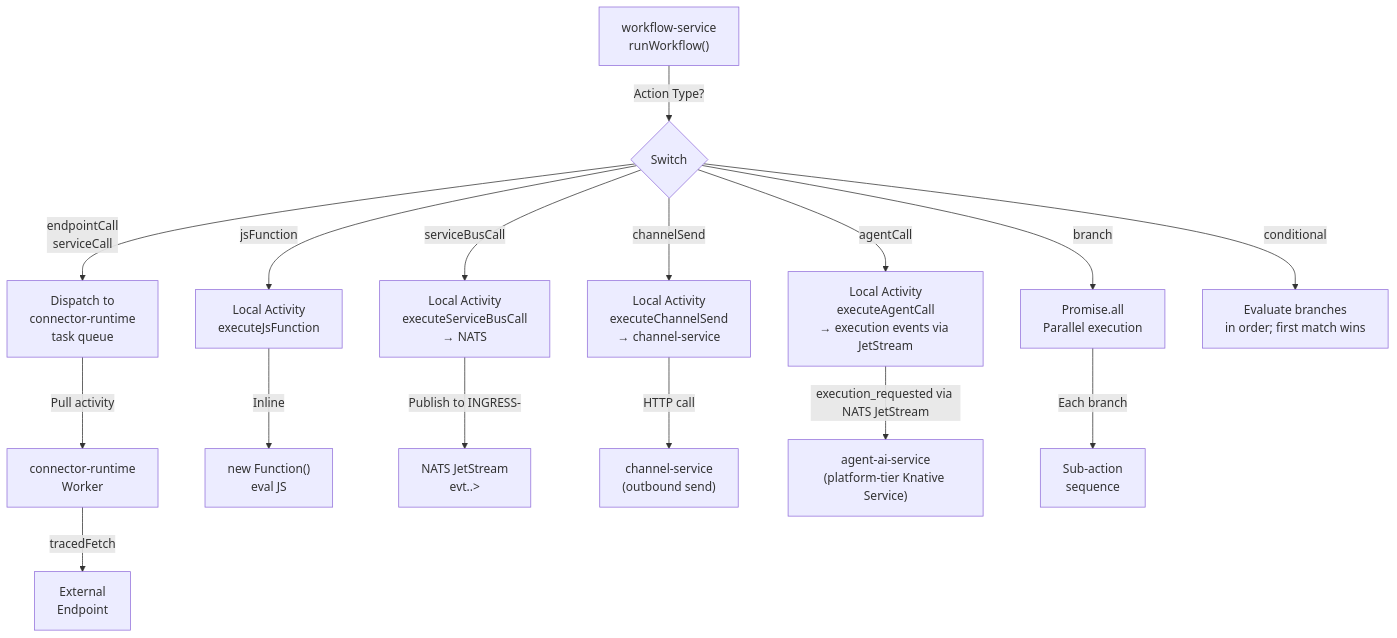
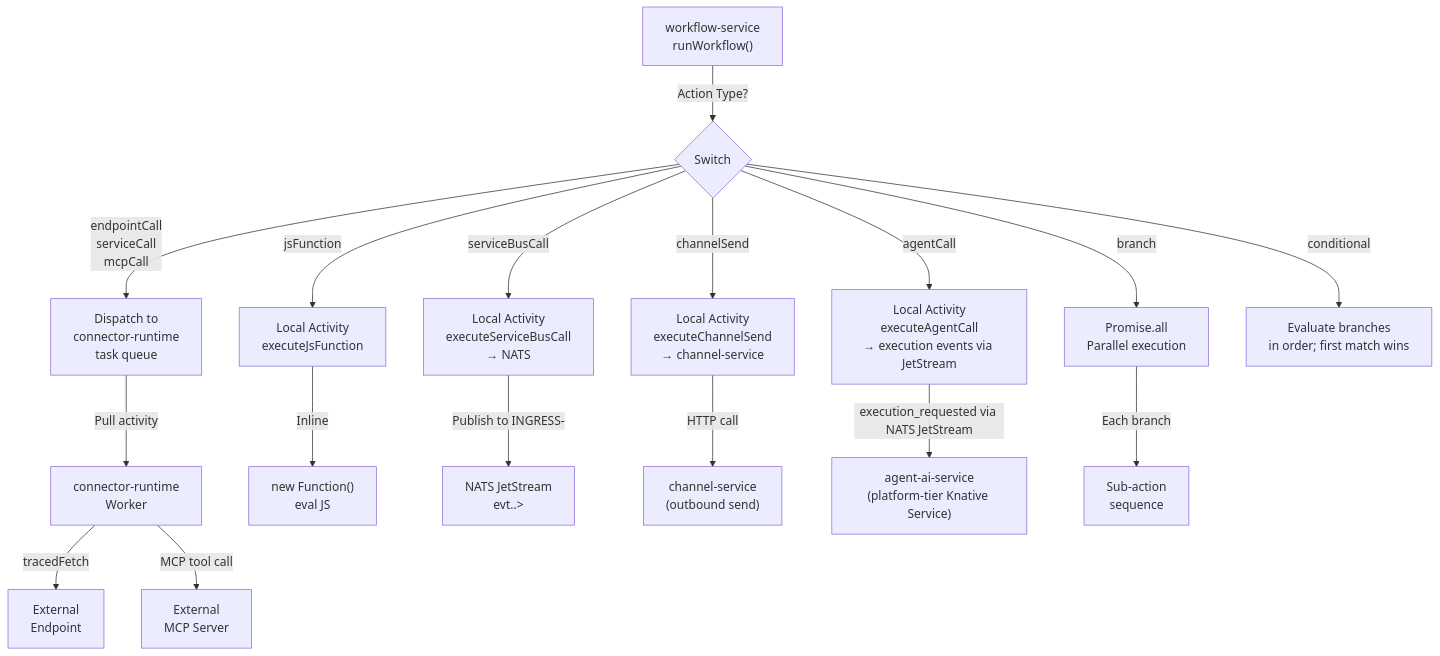
One commit to ccarnero/colloqui changed diagram 16 of 19 in DOCS/architecture/overview.md. Above: the diagram before and after it, drawn with Mermaid. The commit also changed other lines of this file and 211 other files, not shown here.

````diff
--- a/DOCS/architecture/overview.md
+++ b/DOCS/architecture/overview.md
@@ -952,27 +981,28 @@
 ```mermaid
 graph TB
     WF["workflow-service<br/>runWorkflow()"]
 
     WF -->|Action Type?| SWITCH{Switch}
 
-    SWITCH -->|endpointCall<br/>serviceCall| HAQ["Dispatch to<br/>connector-runtime<br/>task queue"]
+    SWITCH -->|endpointCall<br/>serviceCall<br/>mcpCall| HAQ["Dispatch to<br/>connector-runtime<br/>task queue"]
     SWITCH -->|jsFunction| JS["Local Activity<br/>executeJsFunction"]
     SWITCH -->|serviceBusCall| SB["Local Activity<br/>executeServiceBusCall<br/>→ NATS"]
     SWITCH -->|channelSend| CH["Local Activity<br/>executeChannelSend<br/>→ channel-service"]
     SWITCH -->|agentCall| AG["Local Activity<br/>executeAgentCall<br/>→ execution events via JetStream"]
     SWITCH -->|branch| BR["Promise.all<br/>Parallel execution"]
     SWITCH -->|conditional| COND["Evaluate branches<br/>in order; first match wins"]
 
     HAQ -->|Pull activity| HAW["connector-runtime<br/>Worker"]
     HAW -->|tracedFetch| EXT["External<br/>Endpoint"]
+    HAW -->|MCP tool call| MCPSRV["External<br/>MCP Server"]
 
     JS -->|Inline| EXEC["new Function()<br/>eval JS"]
 
     SB -->|Publish to INGRESS-<tenant>| NATS["NATS JetStream<br/>evt.<tenant>.>"]
 
     CH -->|HTTP call| CHAN["channel-service<br/>(outbound send)"]
 
     AG -->|execution_requested via NATS JetStream| YCR["agent-ai-service<br/>(platform-tier Knative Service)"]
 
     BR -->|Each branch| SUB["Sub-action<br/>sequence"]
 ```
````
